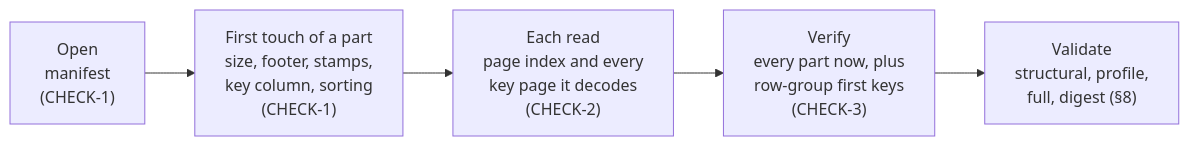
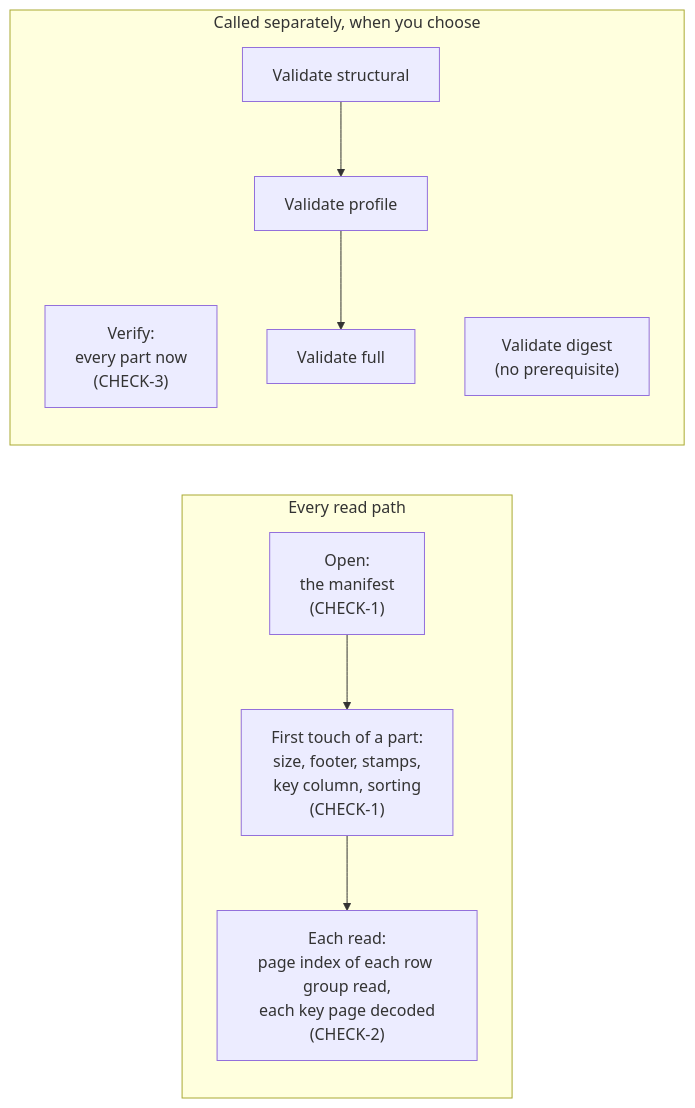
One commit to varveio/seekparquet changed the fourth of 4 diagrams in docs/concepts.md. Above: the diagram before and after it, drawn with Mermaid. The commit also changed other lines of this file and 4 other files, not shown here.

````diff
--- a/docs/concepts.md
+++ b/docs/concepts.md
@@ -157,7 +218,12 @@
 ```mermaid
 flowchart LR
-    O["Open<br/>manifest<br/>(CHECK-1)"] --> T["First touch of a part<br/>size, footer, stamps,<br/>key column, sorting<br/>(CHECK-1)"]
-    T --> R["Each read<br/>page index and every<br/>key page it decodes<br/>(CHECK-2)"]
-    R --> V["Verify<br/>every part now, plus<br/>row-group first keys<br/>(CHECK-3)"]
-    V --> VA["Validate<br/>structural, profile,<br/>full, digest (§8)"]
+    subgraph lifecycle ["Every read path"]
+        O["Open:<br/>the manifest<br/>(CHECK-1)"] --> T["First touch of a part:<br/>size, footer, stamps,<br/>key column, sorting<br/>(CHECK-1)"]
+        T --> R["Each read:<br/>page index of each row group read,<br/>each key page decoded<br/>(CHECK-2)"]
+    end
+    subgraph optional ["Called separately, when you choose"]
+        V["Verify:<br/>every part now<br/>(CHECK-3)"]
+        S["Validate structural"] --> P["Validate profile"] --> F["Validate full"]
+        D["Validate digest<br/>(no prerequisite)"]
+    end
 ```
````
